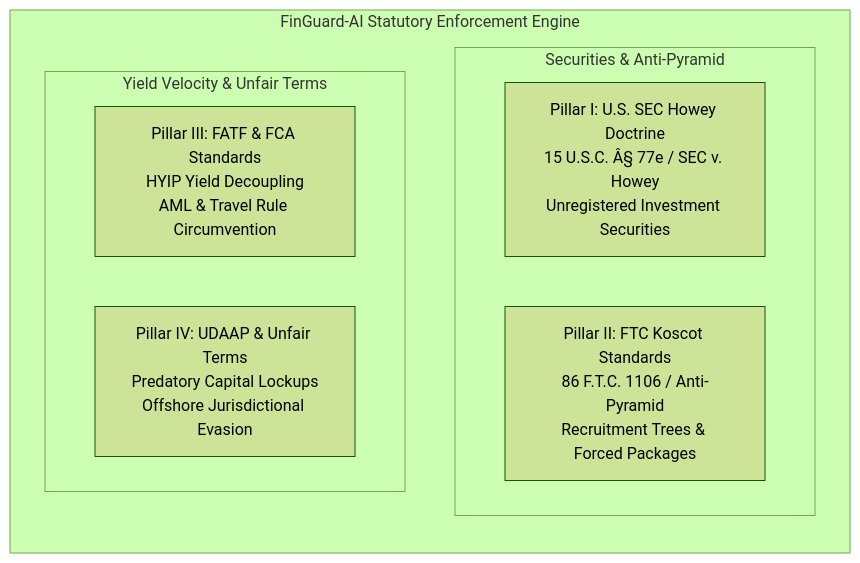
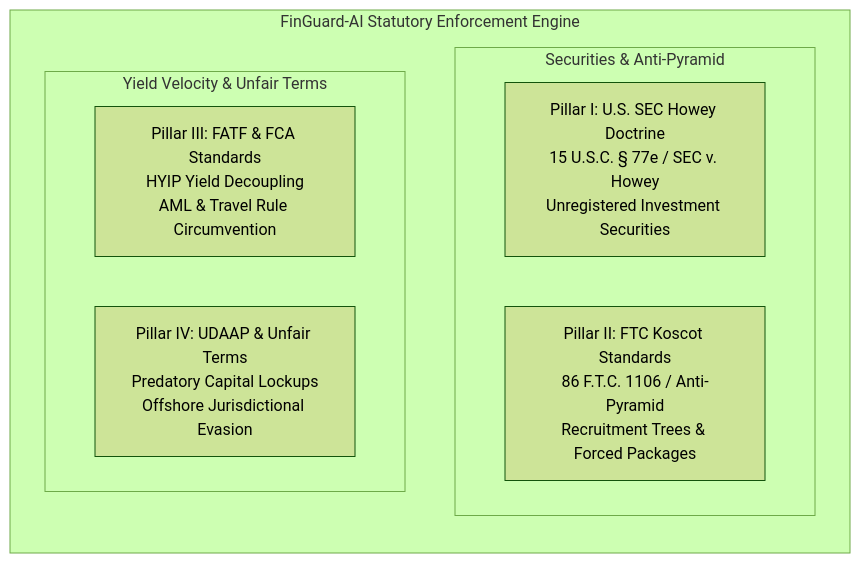
The first of 2 diagrams in README.md (nnn14092004-cyber/finguard-ai), drawn with Mermaid (forest theme) before and after one commit. The commit also changed other lines of this file and 1 other file, not shown here.

````diff
--- a/README.md
+++ b/README.md
@@ -35,14 +35,14 @@
 ```mermaid
 flowchart TD
     subgraph Core ["FinGuard-AI Statutory Enforcement Engine"]
         direction TB
         subgraph Col1 ["Securities & Anti-Pyramid"]
-            P1["Pillar I: U.S. SEC Howey Doctrine<br/>15 U.S.C. Â§ 77e / SEC v. Howey<br/>Unregistered Investment Securities"]
+            P1["Pillar I: U.S. SEC Howey Doctrine<br/>15 U.S.C. § 77e / SEC v. Howey<br/>Unregistered Investment Securities"]
             P2["Pillar II: FTC Koscot Standards<br/>86 F.T.C. 1106 / Anti-Pyramid<br/>Recruitment Trees & Forced Packages"]
         end
         subgraph Col2 ["Yield Velocity & Unfair Terms"]
             P3["Pillar III: FATF & FCA Standards<br/>HYIP Yield Decoupling<br/>AML & Travel Rule Circumvention"]
             P4["Pillar IV: UDAAP & Unfair Terms<br/>Predatory Capital Lockups<br/>Offshore Jurisdictional Evasion"]
         end
     end
 ```
````
